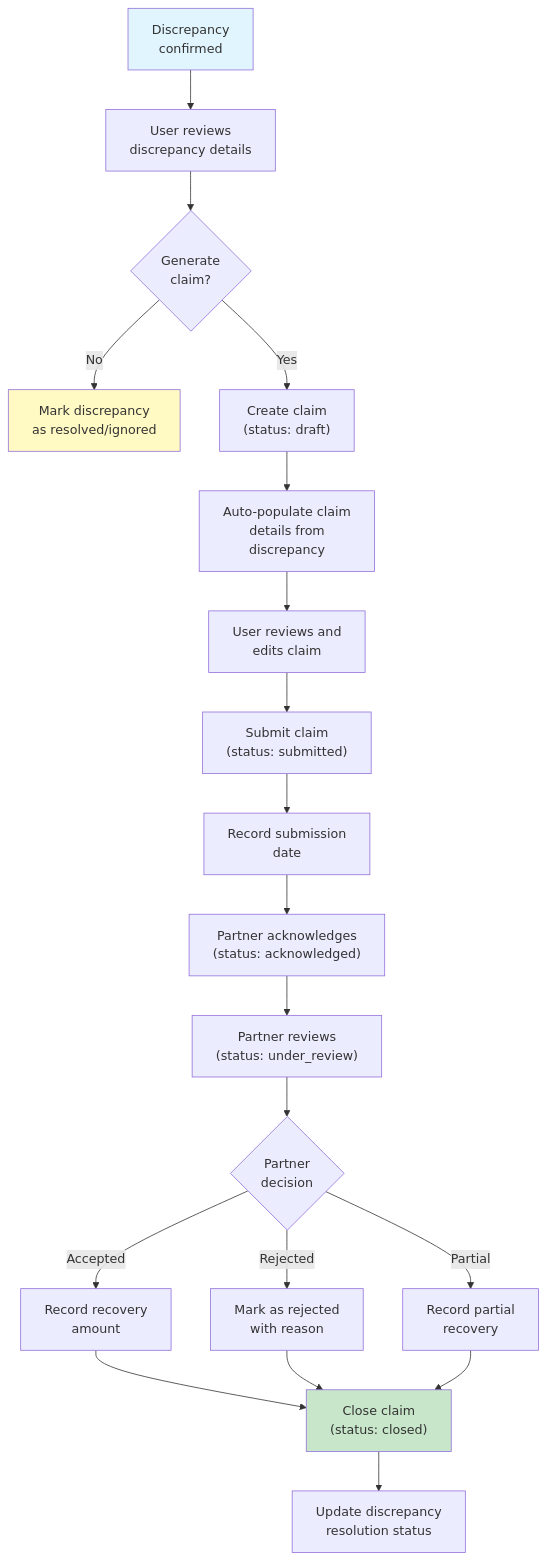
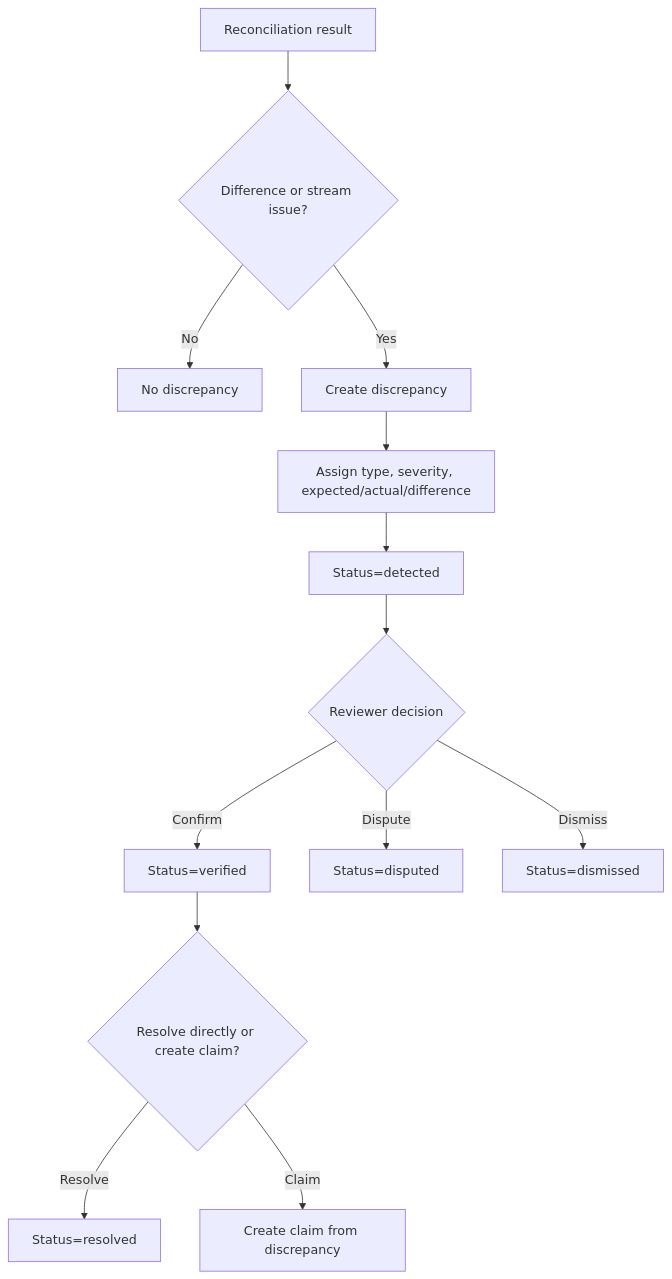
Before and after one commit to Rajdeep-017/reconiq: the seventh of 9 diagrams in docs/data_flow.md, drawn with Mermaid. The commit also changed other lines of this file and 4 other files, not shown here.

````diff
--- a/docs/data_flow.md
+++ b/docs/data_flow.md
@@ -195,25 +281,15 @@
 ```mermaid
 flowchart TD
-    A["Discrepancy\nconfirmed"] --> B["User reviews\ndiscrepancy details"]
-    B --> C{"Generate\nclaim?"}
-    C -->|No| D["Mark discrepancy\nas resolved/ignored"]
-    C -->|Yes| E["Create claim\n(status: draft)"]
-    E --> F["Auto-populate claim\ndetails from\ndiscrepancy"]
-    F --> G["User reviews and\nedits claim"]
-    G --> H["Submit claim\n(status: submitted)"]
-    H --> I["Record submission\ndate"]
-    I --> J["Partner acknowledges\n(status: acknowledged)"]
-    J --> K["Partner reviews\n(status: under_review)"]
-    K --> L{"Partner\ndecision"}
-    L -->|Accepted| M["Record recovery\namount"]
-    L -->|Rejected| N["Mark as rejected\nwith reason"]
-    L -->|Partial| O["Record partial\nrecovery"]
-    M --> P["Close claim\n(status: closed)"]
-    N --> P
-    O --> P
-    P --> Q["Update discrepancy\nresolution status"]
-
-    style A fill:#e1f5fe
-    style P fill:#c8e6c9
-    style D fill:#fff9c4
+    A["Reconciliation result"] --> B{"Difference or stream issue?"}
+    B -->|No| C["No discrepancy"]
+    B -->|Yes| D["Create discrepancy"]
+    D --> E["Assign type, severity, expected/actual/difference"]
+    E --> F["Status=detected"]
+    F --> G{"Reviewer decision"}
+    G -->|Confirm| H["Status=verified"]
+    G -->|Dispute| I["Status=disputed"]
+    G -->|Dismiss| J["Status=dismissed"]
+    H --> K{"Resolve directly or create claim?"}
+    K -->|Resolve| L["Status=resolved"]
+    K -->|Claim| M["Create claim from discrepancy"]
 ```
````
